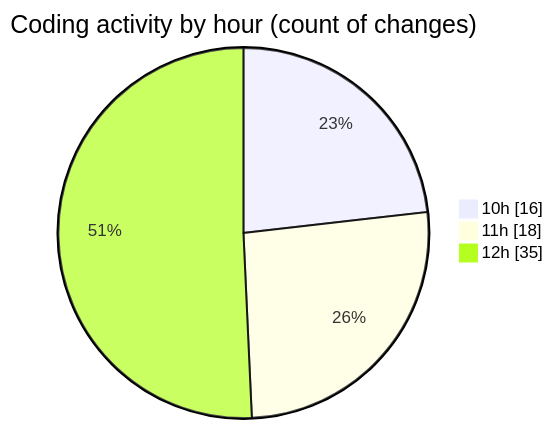
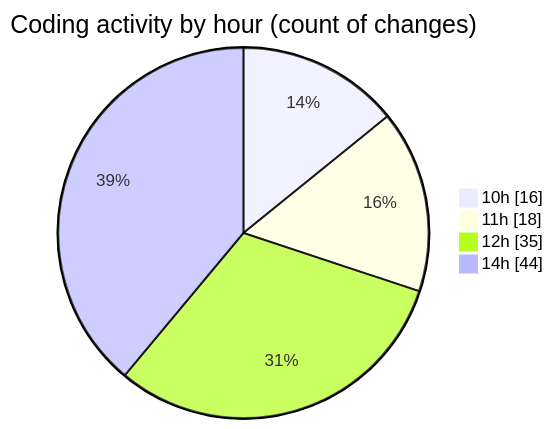
Before and after one commit to momahboobian/code-tracking: the second of 2 diagrams in 2026-05-06/cda/README.md, drawn with Mermaid. The commit also changed other lines of this file and 1 other file, not shown here.

````diff
--- a/2026-05-06/cda/README.md
+++ b/2026-05-06/cda/README.md
@@ -49,7 +91,8 @@
 ```mermaid
 pie showData
 title Coding activity by hour (count of changes)
 "10h" : 16
 "11h" : 18
 "12h" : 35
+"14h" : 44
 ```
````
